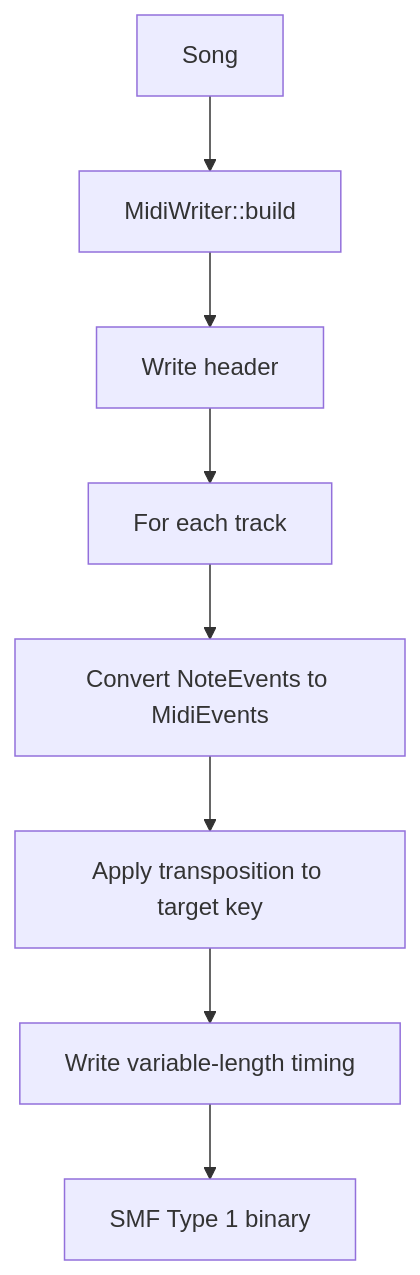
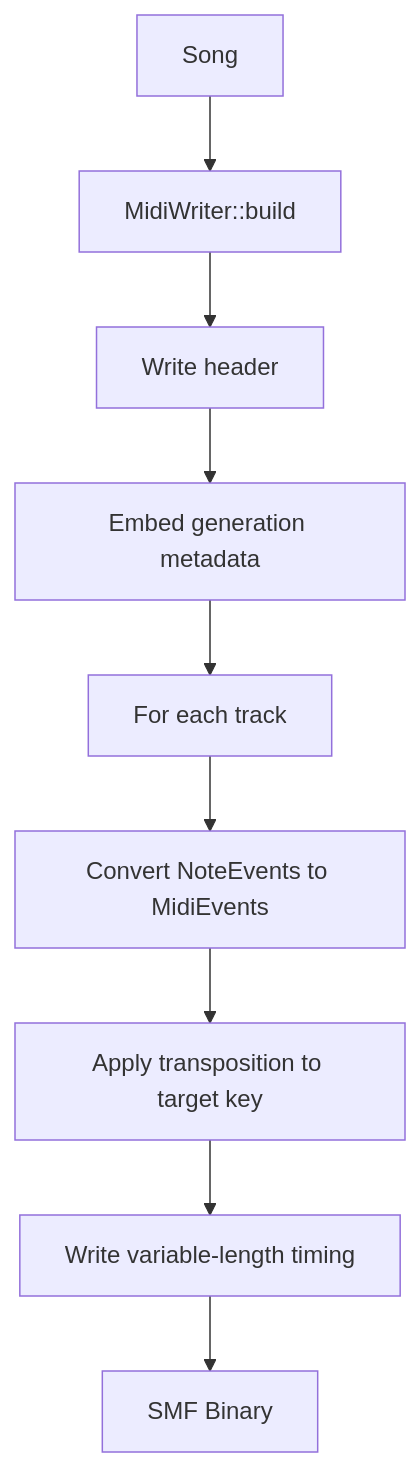
One commit to libraz/midi-sketch-homepage changed the seventh of 7 diagrams in src/docs/generation-pipeline.md. Above: the diagram before and after it, drawn with Mermaid. The commit also changed other lines of this file and 16 other files, not shown here.

````diff
--- a/src/docs/generation-pipeline.md
+++ b/src/docs/generation-pipeline.md
@@ -229,10 +299,11 @@
 ```mermaid
 flowchart TD
     A[Song] --> B[MidiWriter::build]
     B --> C[Write header]
-    C --> D[For each track]
-    D --> E[Convert NoteEvents to MidiEvents]
-    E --> F[Apply transposition to target key]
-    F --> G[Write variable-length timing]
-    G --> H[SMF Type 1 binary]
+    C --> D[Embed generation metadata]
+    D --> E[For each track]
+    E --> F[Convert NoteEvents to MidiEvents]
+    F --> G[Apply transposition to target key]
+    G --> H[Write variable-length timing]
+    H --> I[SMF Binary]
 ```
````
